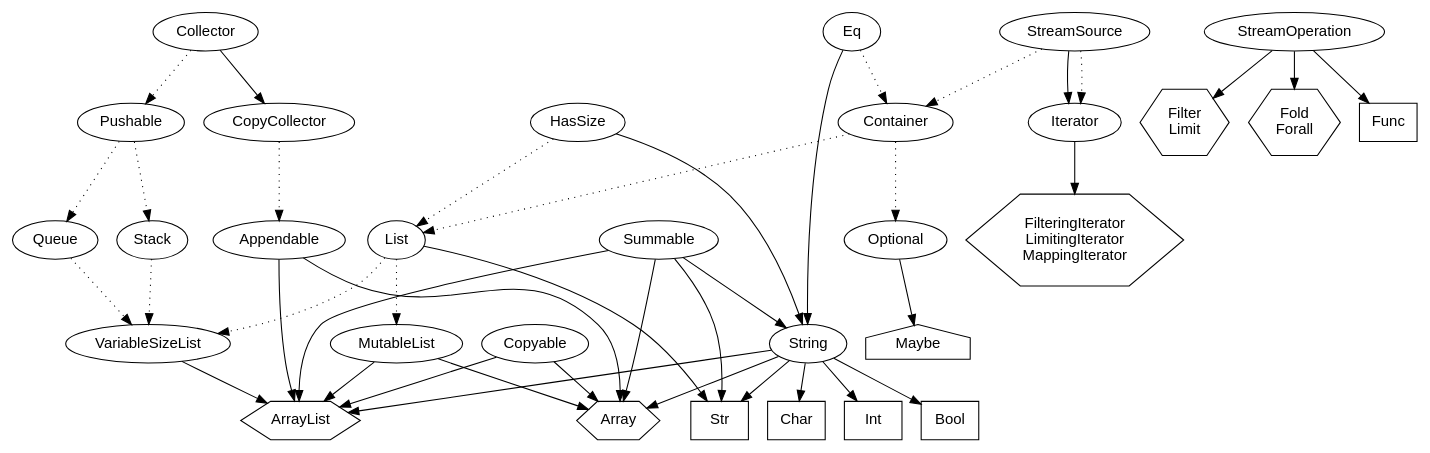
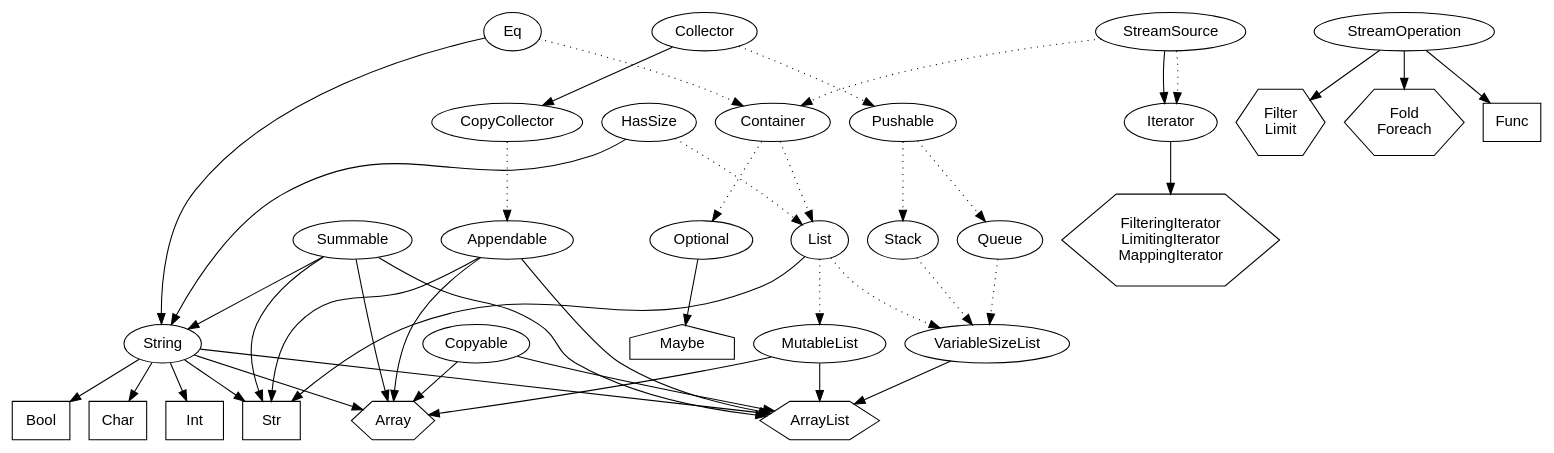
One commit to fergusq/pscript changed the diagram in doc/types.dot. Above: the diagram before and after it, drawn with Graphviz. The commit also changed 4 other files, not shown here.

Commit message:
renamed forall to foreach

```diff
--- a/doc/types.dot
+++ b/doc/types.dot
@@ -1,120 +1,121 @@
 digraph G {
     node [fontname="sans-serif"]
     // Models
     String [shape="oval"]
     HasSize [shape="oval"]
     Copyable [shape="oval"]
     Container [shape="oval", group="collections"]
     Optional [shape="oval", group="collections"]
     List [shape="oval", group="collections"]
     MutableList [shape="oval", group="collections"]
     VariableSizeList [shape="oval", group="collections"]
     Stack [shape="oval", group="collections"]
     Queue [shape="oval", group="collections"]
     Appendable [shape="oval", group="collectors"]
     Pushable [shape="oval", group="collectors"]
     Summable [shape="oval", group="collections"]
     
     StreamSource [shape="oval", group="pipes"]
     StreamOperation [shape="oval", group="pipes"]
     Collector [shape="oval", group="collectors"]
     CopyCollector [shape="oval", group="collectors"]
     Iterator [shape="oval", group="iterators"]
     
     // Structs
     /**/ArrayList [shape="hexagon", group="collections"]
     /**/Array [shape="hexagon", group="collections"]
     /**/PipeIterator [label="FilteringIterator\nLimitingIterator\nMappingIterator", shape="hexagon", group="iterators"]
     /**/PipeOp [label="Filter\nLimit", shape="hexagon", group="pipes"]
-    /**/PipeEnd [label="Fold\nForall", shape="hexagon", group="pipes"]
+    /**/PipeEnd [label="Fold\nForeach", shape="hexagon", group="pipes"]
     
     // Enums
     /**/Maybe [shape="house", group="collections"]
     
     // Primitive types
     /**/Str [shape="box", group="primitives"]
     /**/Int [shape="box", group="primitives"]
     /**/Bool [shape="box", group="primitives"]
     /**/Char [shape="box", group="primitives"]
     /**/Func [shape="box", group="primitives"]
     
     /**/String -> Int
     /**/String -> Char
     /**/String -> Bool
     /**/String -> Str
     /**/String -> Array
     /**/String -> ArrayList
     
     /**/Copyable -> Array
     /**/Copyable -> ArrayList
     
     //+HasSize -> Str
     HasSize -> String
     //+HasSize -> Array
     //+HasSize -> ArrayList
     
     //+Eq -> Str
     Eq -> String
     //+Eq -> Array
     //+Eq -> ArrayList
     //+Eq -> Maybe
     
-    Eq -> Container [style=dotted]
-    StreamSource -> Container [style=dotted]
+    /*-*/Eq -> Container [style=dotted]
+    /*-*/StreamSource -> Container [style=dotted]
     //+Container -> Array
     //+Container -> ArrayList
     //+Container -> Maybe
     
-    HasSize -> List [style=dotted]
-    Container -> List [style=dotted]
+    /*-*/HasSize -> List [style=dotted]
+    /*-*/Container -> List [style=dotted]
     /**/List -> Str
     
-    List -> MutableList [style=dotted]
+    /*-*/List -> MutableList [style=dotted]
     /**/MutableList -> Array
     /**/MutableList -> ArrayList
     
-    List -> VariableSizeList [style=dotted]
-    Stack -> VariableSizeList [style=dotted]
-    Queue -> VariableSizeList [style=dotted]
+    /*-*/List -> VariableSizeList [style=dotted]
+    /*-*/Stack -> VariableSizeList [style=dotted]
+    /*-*/Queue -> VariableSizeList [style=dotted]
     /**/VariableSizeList -> ArrayList
     
-    Pushable -> Stack [style=dotted]
+    /*-*/Pushable -> Stack [style=dotted]
     //+Stack -> ArrayList
     
-    Pushable -> Queue [style=dotted]
+    /*-*/Pushable -> Queue [style=dotted]
     
     //+StreamSource -> Maybe
     //+StreamSource -> Array
     //+StreamSource -> ArrayList
     StreamSource -> Iterator
     //+StreamSource -> ArrayIterator
     //+StreamSource -> MappingIterator
     
     /**/StreamOperation -> Func
     /**/StreamOperation -> PipeOp
     /**/StreamOperation -> PipeEnd
     
     /**/Summable -> Str
     Summable -> String
     /**/Summable -> Array
     /**/Summable -> ArrayList
     
-    CopyCollector -> Appendable [style=dotted]
+    /*-*/CopyCollector -> Appendable [style=dotted]
     /**/Appendable -> Array
     /**/Appendable -> ArrayList
+    /**/Appendable -> Str
     
     //+CopyCollector -> Array
     //+CopyCollector -> ArrayList
     
-    Collector -> Pushable [style=dotted]
+    /*-*/Collector -> Pushable [style=dotted]
     //+Pushable -> ArrayList
     
     //+Collector -> ArrayList
     Collector -> CopyCollector
     
-    StreamSource -> Iterator [style=dotted]
+    /*-*/StreamSource -> Iterator [style=dotted]
     /**/Iterator -> PipeIterator
     
-    Container -> Optional [style=dotted]
+    /*-*/Container -> Optional [style=dotted]
     /**/Optional -> Maybe
 }
```
